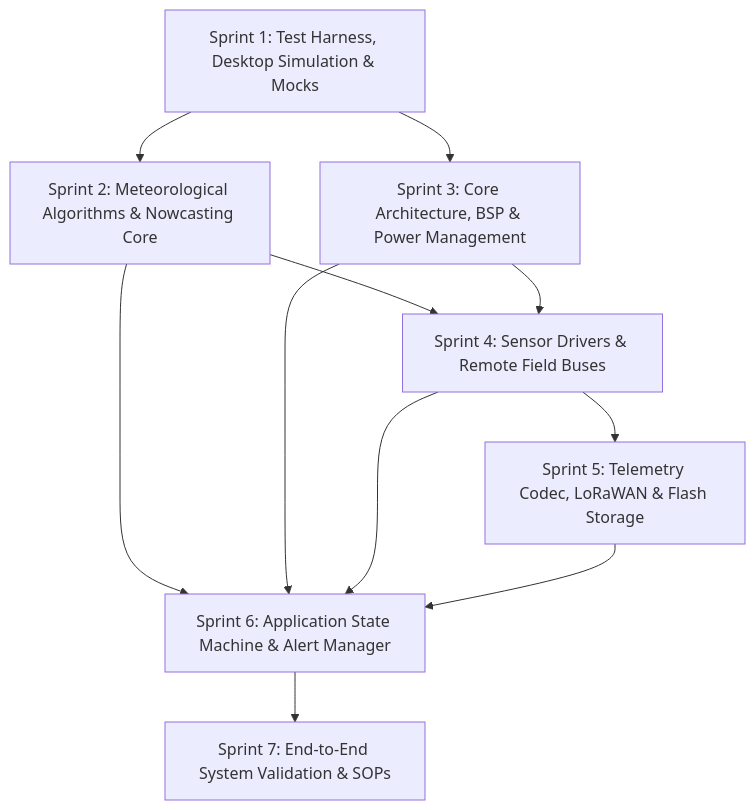
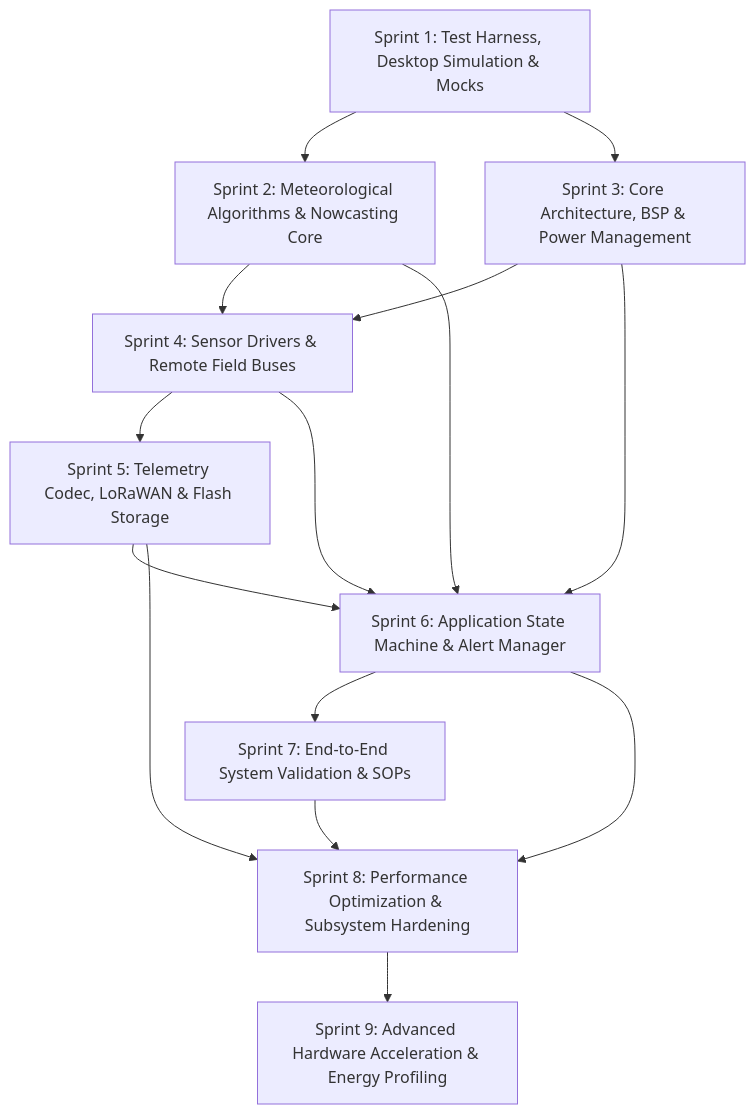
One commit to Thejus26/rain-predict changed the diagram in context/specs/spec-roadmap.md. Above: the diagram before and after it, drawn with Mermaid. The commit also changed other lines of this file and 35 other files, not shown here.

Commit message:
docs(specs): add Sprint 8 and 9 specifications, roadmap updates, and audit report

````diff
--- a/context/specs/spec-roadmap.md
+++ b/context/specs/spec-roadmap.md
@@ -48,13 +48,17 @@
 ```mermaid
 flowchart TD
     S1["Sprint 1: Test Harness, Desktop Simulation & Mocks"] --> S2["Sprint 2: Meteorological Algorithms & Nowcasting Core"]
     S1 --> S3["Sprint 3: Core Architecture, BSP & Power Management"]
     S2 --> S4["Sprint 4: Sensor Drivers & Remote Field Buses"]
     S3 --> S4
     S4 --> S5["Sprint 5: Telemetry Codec, LoRaWAN & Flash Storage"]
     S2 --> S6["Sprint 6: Application State Machine & Alert Manager"]
     S3 --> S6
     S4 --> S6
     S5 --> S6
     S6 --> S7["Sprint 7: End-to-End System Validation & SOPs"]
+    S5 --> S8["Sprint 8: Performance Optimization & Subsystem Hardening"]
+    S6 --> S8
+    S7 --> S8
+    S8 --> S9["Sprint 9: Advanced Hardware Acceleration & Energy Profiling"]
 ```
````
